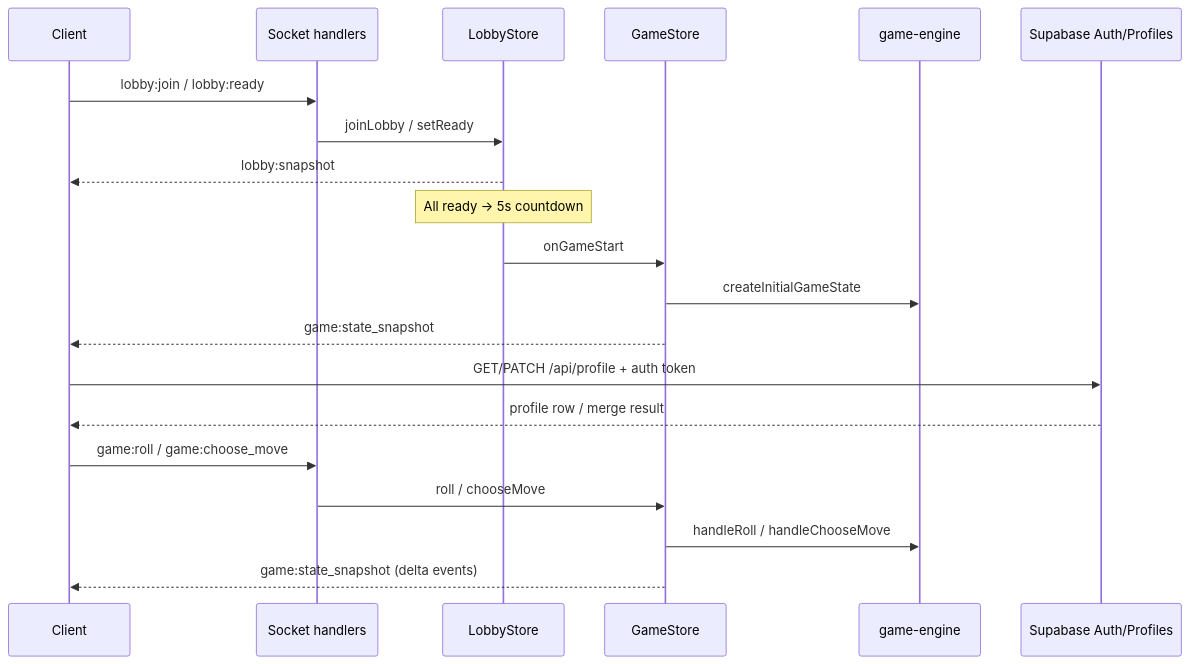
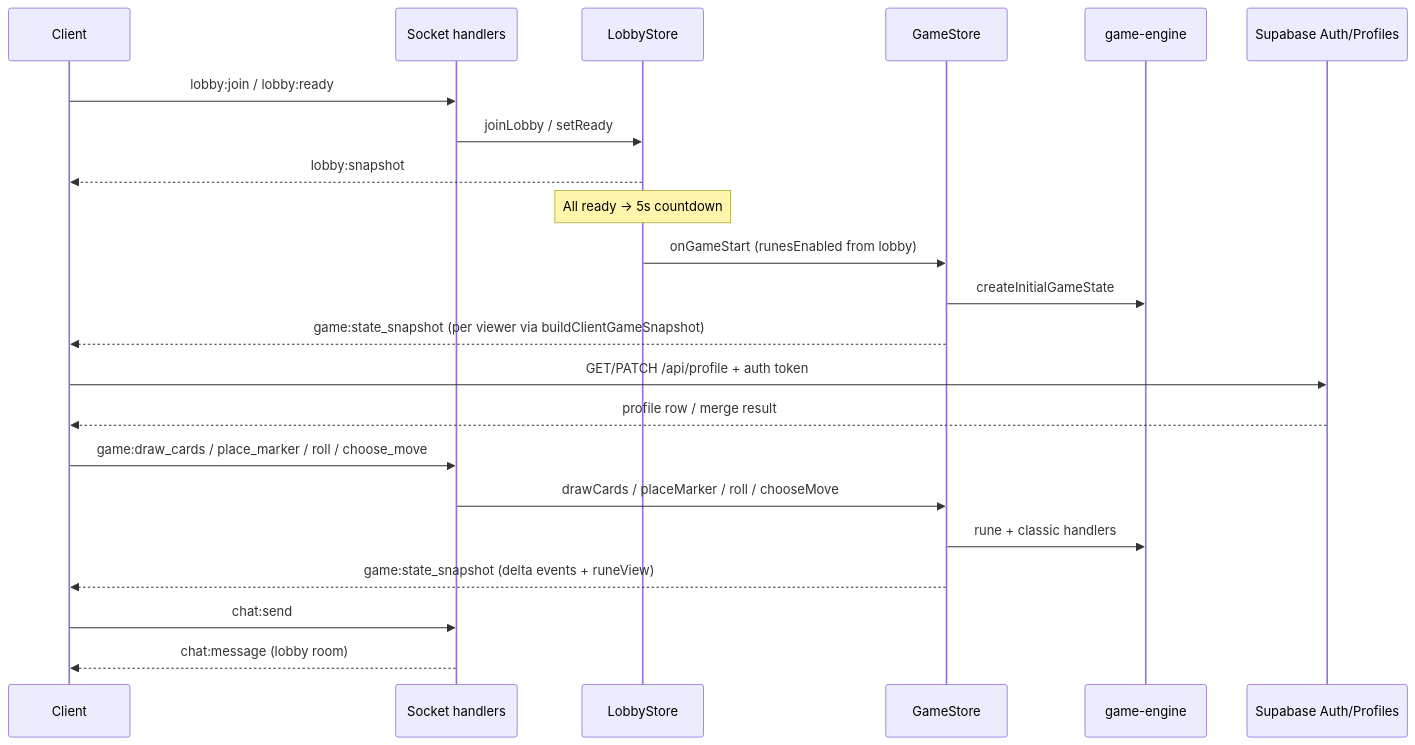
The diagram in apps/server/docs/architecture.md (QingTian1927/rune-race), drawn with Mermaid before and after one commit. The commit also changed other lines of this file and 14 other files, not shown here.

Commit message:
docs: update architecture, client integration, game model, and API documentation to reflect rune gameplay and chat features

````diff
--- a/apps/server/docs/architecture.md
+++ b/apps/server/docs/architecture.md
@@ -28,25 +35,28 @@
 ```mermaid
 sequenceDiagram
   participant C as Client
   participant S as Socket handlers
   participant L as LobbyStore
   participant G as GameStore
   participant E as game-engine
   participant A as Supabase Auth/Profiles
 
   C->>S: lobby:join / lobby:ready
   S->>L: joinLobby / setReady
   L-->>C: lobby:snapshot
   Note over L: All ready → 5s countdown
-  L->>G: onGameStart
+  L->>G: onGameStart (runesEnabled from lobby)
   G->>E: createInitialGameState
-  G-->>C: game:state_snapshot
+  G-->>C: game:state_snapshot (per viewer via buildClientGameSnapshot)
 
   C->>A: GET/PATCH /api/profile + auth token
   A-->>C: profile row / merge result
 
-  C->>S: game:roll / game:choose_move
-  S->>G: roll / chooseMove
-  G->>E: handleRoll / handleChooseMove
-  G-->>C: game:state_snapshot (delta events)
+  C->>S: game:draw_cards / place_marker / roll / choose_move
+  S->>G: drawCards / placeMarker / roll / chooseMove
+  G->>E: rune + classic handlers
+  G-->>C: game:state_snapshot (delta events + runeView)
+
+  C->>S: chat:send
+  S-->>C: chat:message (lobby room)
 ```
````
